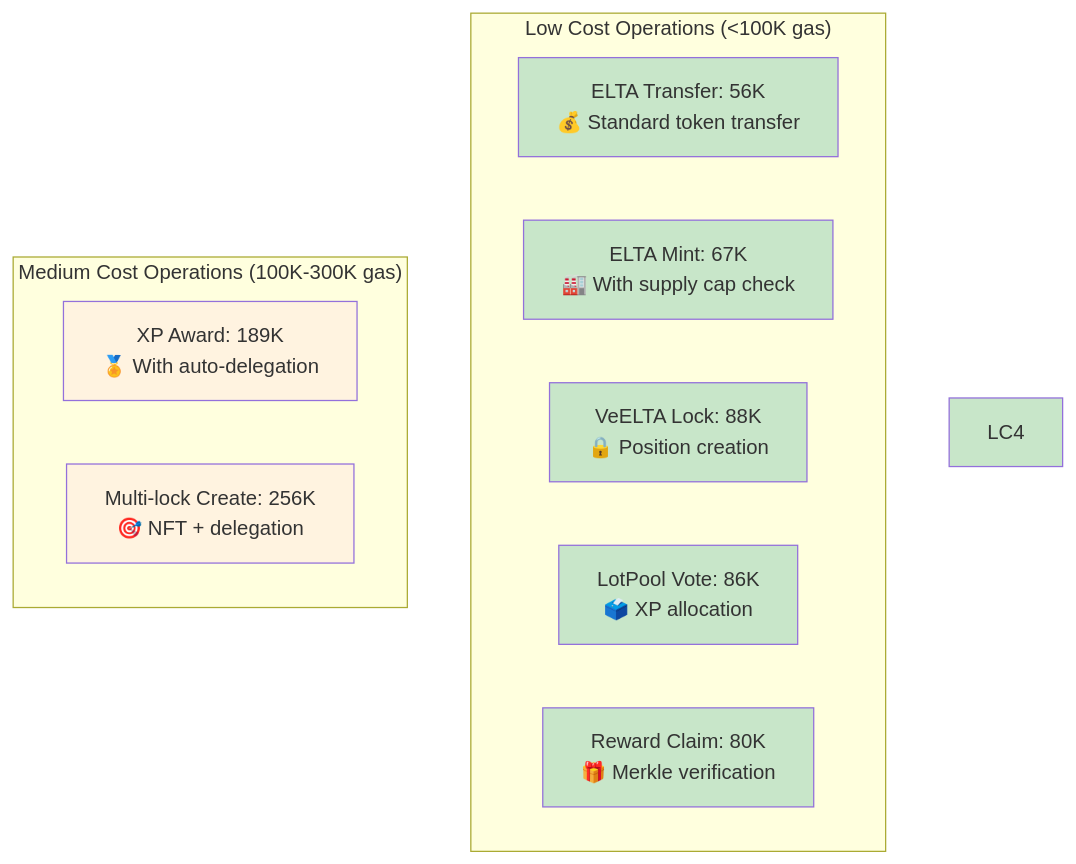
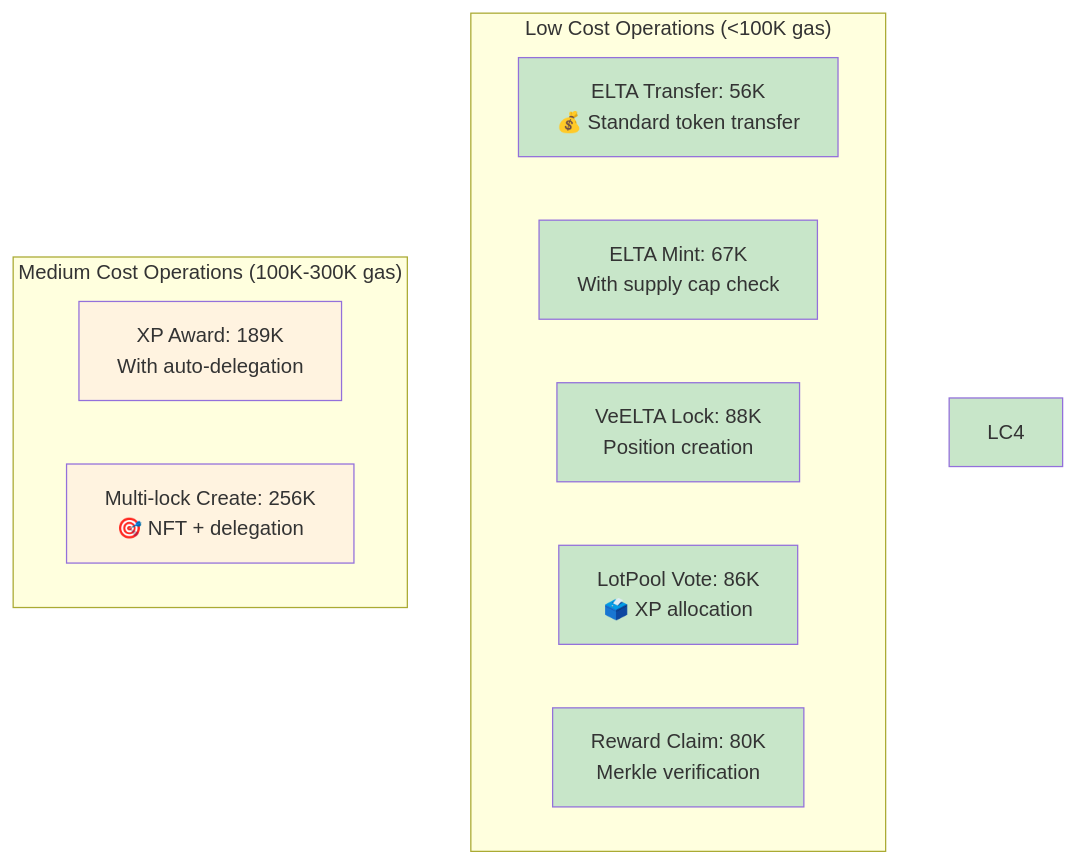
Before and after one commit to Elata-Biosciences/elata-protocol: the ninth of 10 diagrams in README.md, drawn with Mermaid. The commit also changed other lines of this file and 21 other files, not shown here.

````diff
--- a/README.md
+++ b/README.md
@@ -838,24 +838,24 @@
 ```mermaid
 graph TD
     subgraph "Low Cost Operations (<100K gas)"
         LC1[ELTA Transfer: 56K<br/>💰 Standard token transfer]
-        LC2[ELTA Mint: 67K<br/>🏭 With supply cap check]
-        LC3[VeELTA Lock: 88K<br/>🔒 Position creation]
+        LC2[ELTA Mint: 67K<br/> With supply cap check]
+        LC3[VeELTA Lock: 88K<br/> Position creation]
         LC5[LotPool Vote: 86K<br/>🗳️ XP allocation]
-        LC6[Reward Claim: 80K<br/>🎁 Merkle verification]
+        LC6[Reward Claim: 80K<br/> Merkle verification]
     end
     
     subgraph "Medium Cost Operations (100K-300K gas)"
-        MC1[XP Award: 189K<br/>🏅 With auto-delegation]
+        MC1[XP Award: 189K<br/> With auto-delegation]
         MC2[Multi-lock Create: 256K<br/>🎯 NFT + delegation]
     end
     
     style LC1 fill:#c8e6c9
     style LC2 fill:#c8e6c9
     style LC3 fill:#c8e6c9
     style LC4 fill:#c8e6c9
     style LC5 fill:#c8e6c9
     style LC6 fill:#c8e6c9
     style MC1 fill:#fff3e0
     style MC2 fill:#fff3e0
 ```
````
